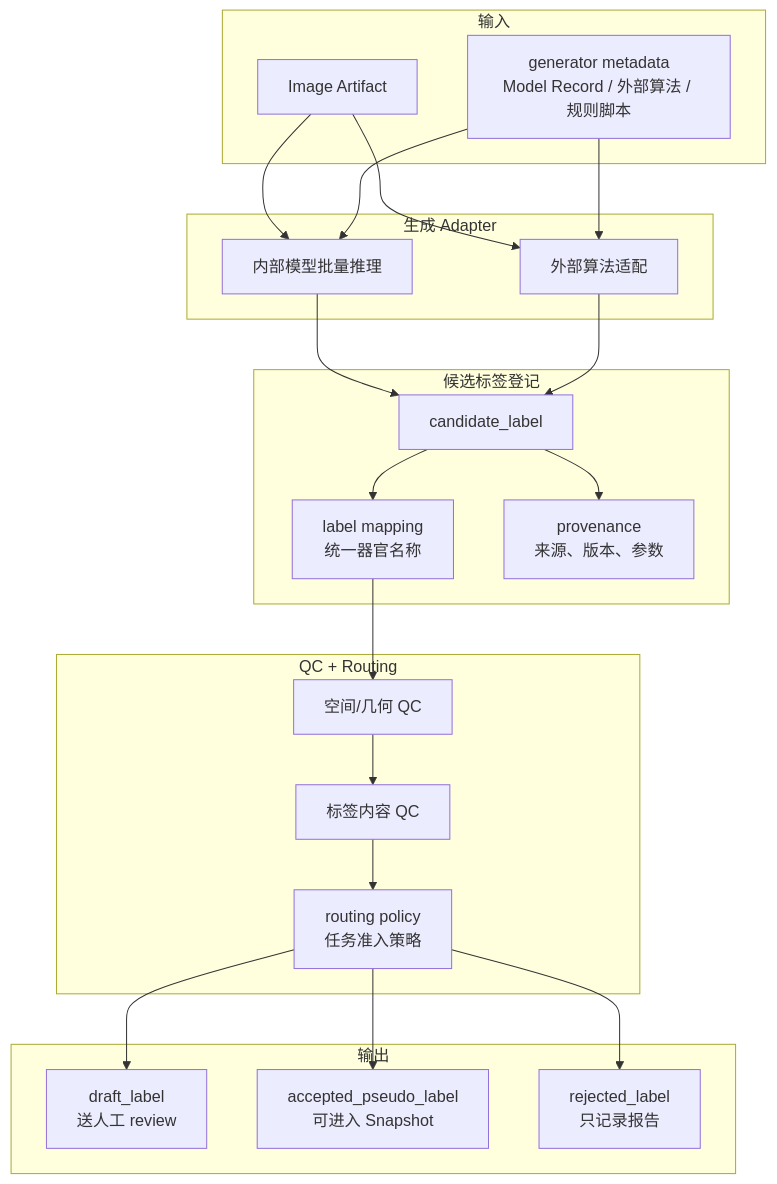
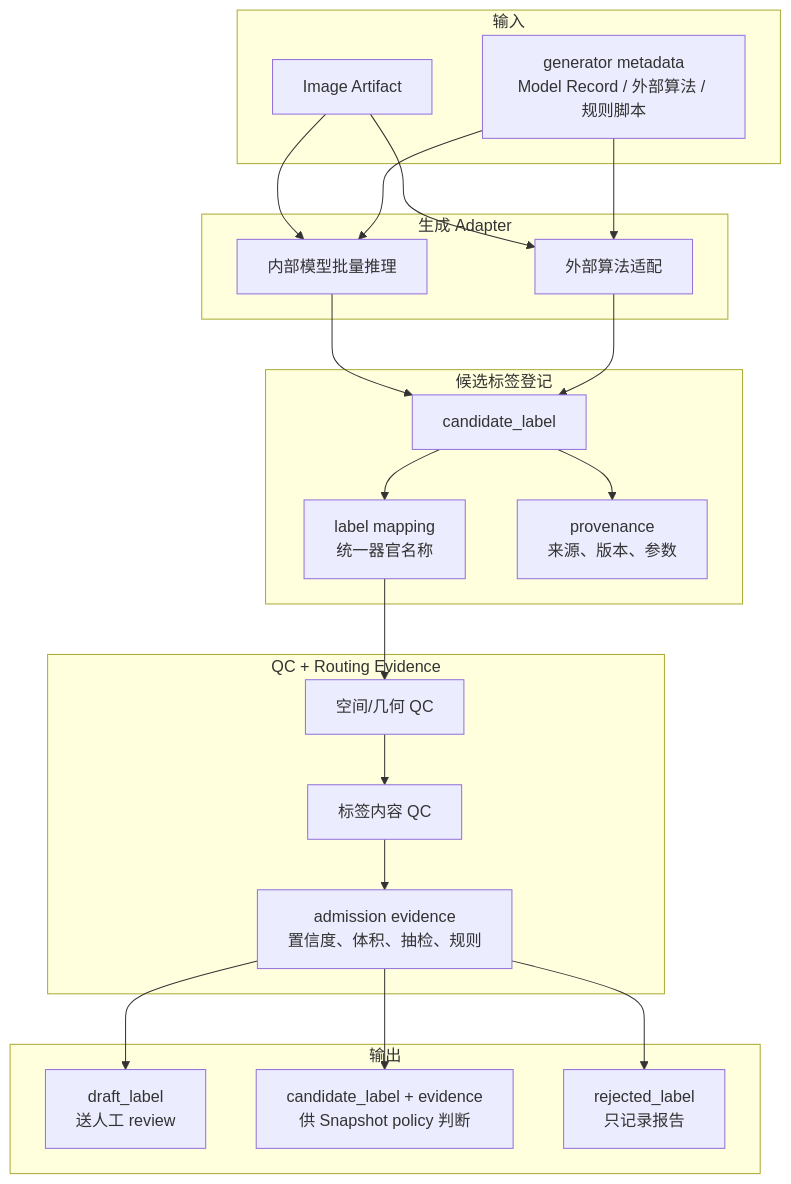
One commit to ShijianRuan/SegmentationPlatform changed the third of 5 diagrams in docs/architecture/platform_blueprint.md. Above: the diagram before and after it, drawn with Mermaid. The commit also changed other lines of this file and 1 other file, not shown here.

````diff
--- a/docs/architecture/platform_blueprint.md
+++ b/docs/architecture/platform_blueprint.md
@@ -370,48 +428,48 @@
 ```mermaid
 flowchart TB
     accTitle: Candidate Label Routing
-    accDescr: Model and public algorithm outputs become candidate labels, then pass through mapping, QC, and routing into review, accepted pseudo labels, or rejection.
+    accDescr: Model and public algorithm outputs become candidate labels with provenance and QC evidence. Training admission is decided later by dataset snapshot policy.
 
     subgraph Inputs["输入"]
         image["Image Artifact"]
         generator["generator metadata<br/>Model Record / 外部算法 / 规则脚本"]
     end
 
     subgraph Generation["生成 Adapter"]
         infer["内部模型批量推理"]
         external["外部算法适配"]
     end
 
     subgraph Candidate["候选标签登记"]
         candidate["candidate_label"]
         mapping["label mapping<br/>统一器官名称"]
         provenance["provenance<br/>来源、版本、参数"]
     end
 
-    subgraph Gates["QC + Routing"]
+    subgraph Gates["QC + Routing Evidence"]
         geometry["空间/几何 QC"]
         content["标签内容 QC"]
-        policy["routing policy<br/>任务准入策略"]
+        evidence["admission evidence<br/>置信度、体积、抽检、规则"]
     end
 
     subgraph Outputs["输出"]
         draft["draft_label<br/>送人工 review"]
-        accepted["accepted_pseudo_label<br/>可进入 Snapshot"]
+        eligible["candidate_label + evidence<br/>供 Snapshot policy 判断"]
         rejected["rejected_label<br/>只记录报告"]
     end
 
     image --> infer
     generator --> infer
     image --> external
     generator --> external
     infer --> candidate
     external --> candidate
     candidate --> mapping
     candidate --> provenance
     mapping --> geometry
     geometry --> content
-    content --> policy
-    policy --> draft
-    policy --> accepted
-    policy --> rejected
+    content --> evidence
+    evidence --> draft
+    evidence --> eligible
+    evidence --> rejected
 ```
````
